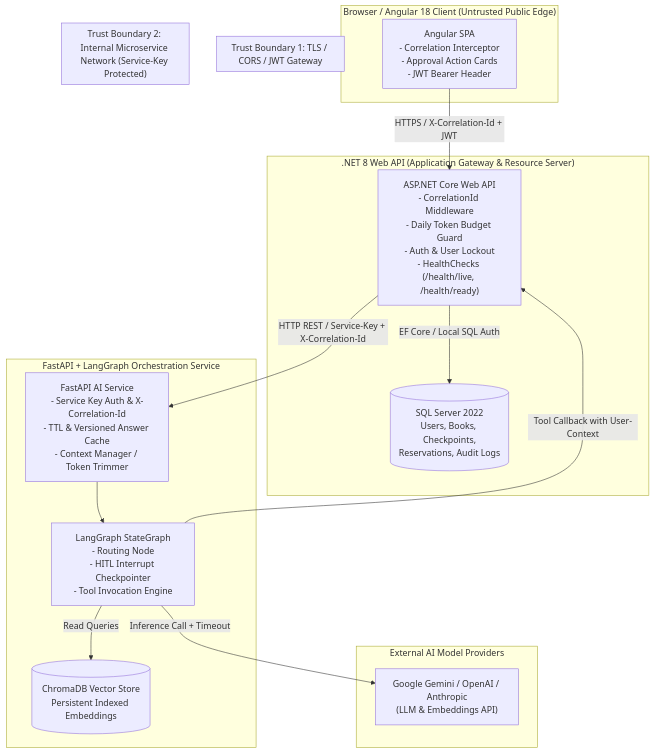
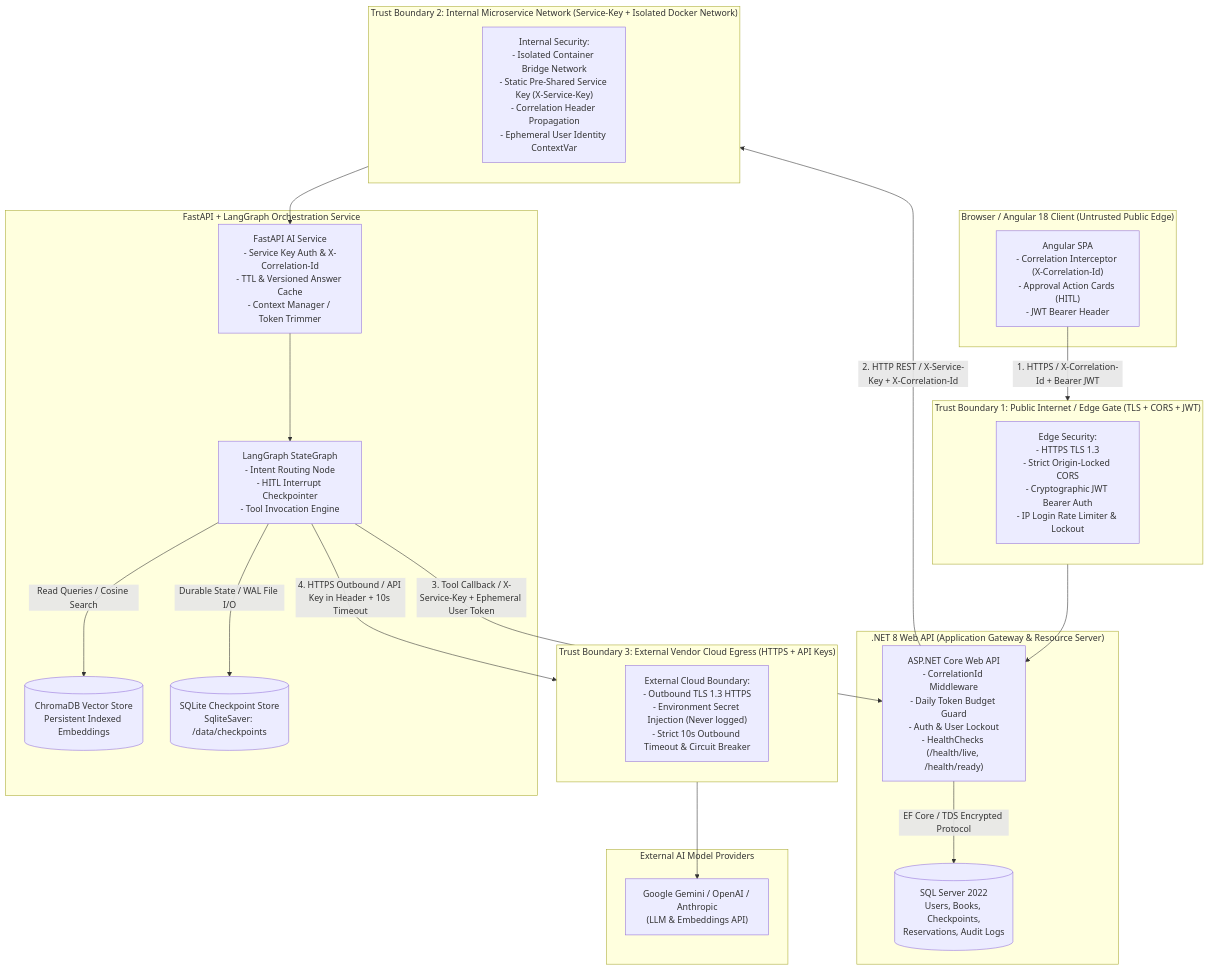
One commit to Qasimabbasi786/AI-Software-Development-Internship-NexaSolutions changed the diagram in Week_08/README.md. Above: the diagram before and after it, drawn with Mermaid. The commit also changed other lines of this file and 6 other files, not shown here.

Commit message:
docs: add architecture diagram, ADRs and pre-mortem for Week 8 Part A

````diff
--- a/Week_08/README.md
+++ b/Week_08/README.md
@@ -32,35 +32,49 @@
 ```mermaid
 flowchart TB
     subgraph ClientTier ["Browser / Angular 18 Client (Untrusted Public Edge)"]
-        UI["Angular SPA\n- Correlation Interceptor\n- Approval Action Cards\n- JWT Bearer Header"]
+        UI["Angular SPA\n- Correlation Interceptor (X-Correlation-Id)\n- Approval Action Cards (HITL)\n- JWT Bearer Header"]
     end
 
-    subgraph TrustBoundary1 ["Trust Boundary 1: TLS / CORS / JWT Gateway"]
+    subgraph TrustBoundary1 ["Trust Boundary 1: Public Internet / Edge Gate (TLS + CORS + JWT)"]
+        direction TB
+        TB1_Desc["Edge Security:\n- HTTPS TLS 1.3\n- Strict Origin-Locked CORS\n- Cryptographic JWT Bearer Auth\n- IP Login Rate Limiter & Lockout"]
     end
 
     subgraph ApiTier [".NET 8 Web API (Application Gateway & Resource Server)"]
         DotnetAPI["ASP.NET Core Web API\n- CorrelationId Middleware\n- Daily Token Budget Guard\n- Auth & User Lockout\n- HealthChecks (/health/live, /health/ready)"]
         SQL[(SQL Server 2022\nUsers, Books, Checkpoints,\nReservations, Audit Logs)]
     end
 
-    subgraph TrustBoundary2 ["Trust Boundary 2: Internal Microservice Network (Service-Key Protected)"]
+    subgraph TrustBoundary2 ["Trust Boundary 2: Internal Microservice Network (Service-Key + Isolated Docker Network)"]
+        direction TB
+        TB2_Desc["Internal Security:\n- Isolated Container Bridge Network\n- Static Pre-Shared Service Key (X-Service-Key)\n- Correlation Header Propagation\n- Ephemeral User Identity ContextVar"]
     end
 
     subgraph AiTier ["FastAPI + LangGraph Orchestration Service"]
         FastAPI["FastAPI AI Service\n- Service Key Auth & X-Correlation-Id\n- TTL & Versioned Answer Cache\n- Context Manager / Token Trimmer"]
-        LangGraph["LangGraph StateGraph\n- Routing Node\n- HITL Interrupt Checkpointer\n- Tool Invocation Engine"]
+        LangGraph["LangGraph StateGraph\n- Intent Routing Node\n- HITL Interrupt Checkpointer\n- Tool Invocation Engine"]
         Chroma[(ChromaDB Vector Store\nPersistent Indexed Embeddings)]
+        SQLite[(SQLite Checkpoint Store\nSqliteSaver: /data/checkpoints)]
+    end
+
+    subgraph TrustBoundary3 ["Trust Boundary 3: External Vendor Cloud Egress (HTTPS + API Keys)"]
+        direction TB
+        TB3_Desc["External Cloud Boundary:\n- Outbound TLS 1.3 HTTPS\n- Environment Secret Injection (Never logged)\n- Strict 10s Outbound Timeout & Circuit Breaker"]
     end
 
     subgraph ExternalTier ["External AI Model Providers"]
         LLM["Google Gemini / OpenAI / Anthropic\n(LLM & Embeddings API)"]
     end
 
-    UI -->|HTTPS / X-Correlation-Id + JWT| DotnetAPI
-    DotnetAPI -->|EF Core / Local SQL Auth| SQL
-    DotnetAPI -->|HTTP REST / Service-Key + X-Correlation-Id| FastAPI
+    UI -->|1. HTTPS / X-Correlation-Id + Bearer JWT| TrustBoundary1
+    TrustBoundary1 --> DotnetAPI
+    DotnetAPI -->|EF Core / TDS Encrypted Protocol| SQL
+    DotnetAPI -->|2. HTTP REST / X-Service-Key + X-Correlation-Id| TrustBoundary2
+    TrustBoundary2 --> FastAPI
     FastAPI --> LangGraph
-    LangGraph -->|Read Queries| Chroma
-    LangGraph -->|Tool Callback with User-Context| DotnetAPI
-    LangGraph -->|Inference Call + Timeout| LLM
+    LangGraph -->|Read Queries / Cosine Search| Chroma
+    LangGraph -->|Durable State / WAL File I/O| SQLite
+    LangGraph -->|3. Tool Callback / X-Service-Key + Ephemeral User Token| DotnetAPI
+    LangGraph -->|4. HTTPS Outbound / API Key in Header + 10s Timeout| TrustBoundary3
+    TrustBoundary3 --> LLM
 ```
````
